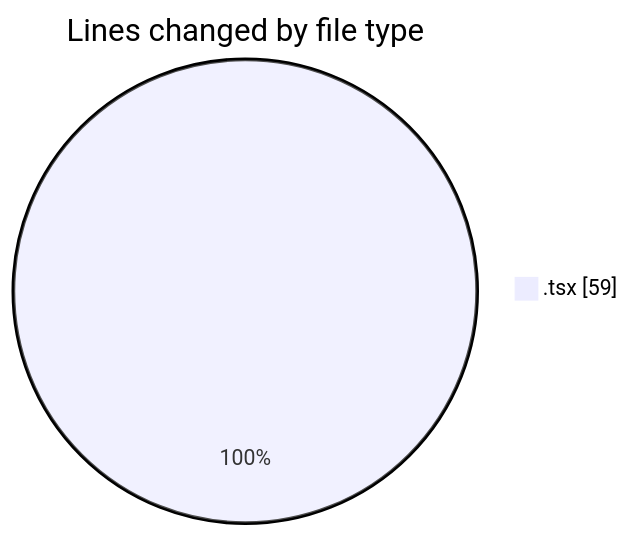
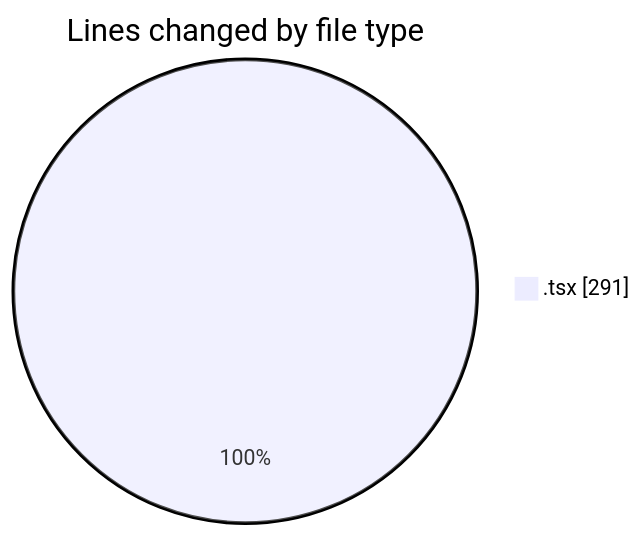
Before and after one commit to momahboobian/code-tracking: the first of 2 diagrams in 2025-07-08/cda/README.md, drawn with Mermaid. The commit also changed other lines of this file and 1 other file, not shown here.

````diff
--- a/2025-07-08/cda/README.md
+++ b/2025-07-08/cda/README.md
@@ -22,5 +23,5 @@
 ```mermaid
 pie showData
 title Lines changed by file type
-".tsx" : 59
+".tsx" : 291
 ```
````
